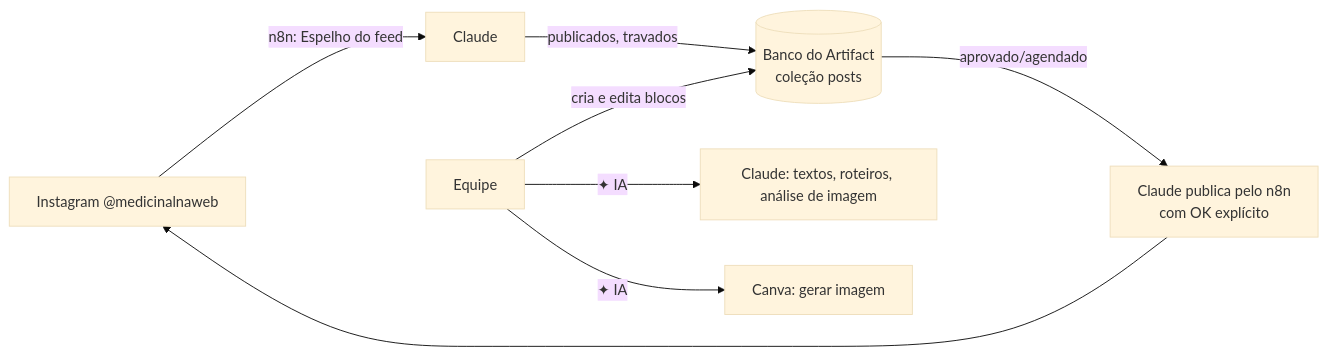
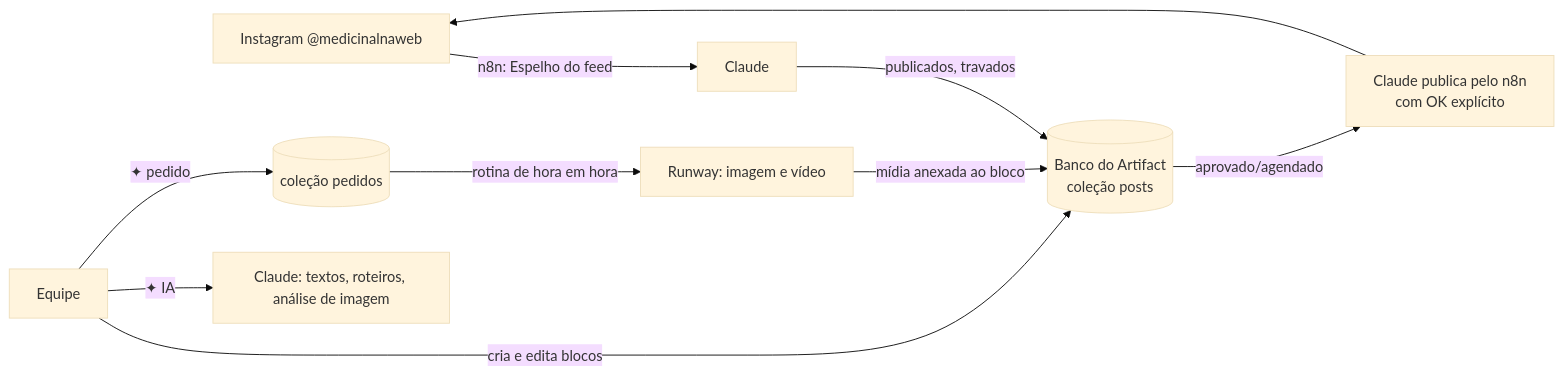
The first of 2 diagrams in docs/03-grade-instagram.md (medicinal-na-web/instagram), drawn with Mermaid (base theme) before and after one commit. The commit also changed other lines of this file and 2 other files, not shown here.

First line of the commit message:
Grade: imagem e vídeo por pedido ao Runway, prompts no padrão novo, sem Canva

````diff
--- a/docs/03-grade-instagram.md
+++ b/docs/03-grade-instagram.md
@@ -8,10 +8,12 @@
 ```mermaid
 flowchart LR
   IG[Instagram @medicinalnaweb] -->|n8n: Espelho do feed| C[Claude]
   C -->|publicados, travados| DB[(Banco do Artifact<br/>coleção posts)]
   U[Equipe] -->|cria e edita blocos| DB
   U -->|✦ IA| S[Claude: textos, roteiros, análise de imagem]
-  U -->|✦ IA| CV[Canva: gerar imagem]
+  U -->|✦ pedido| PD[(coleção pedidos)]
+  PD -->|rotina de hora em hora| RW[Runway: imagem e vídeo]
+  RW -->|mídia anexada ao bloco| DB
   DB -->|aprovado/agendado| C2[Claude publica pelo n8n<br/>com OK explícito]
   C2 --> IG
 ```
````
